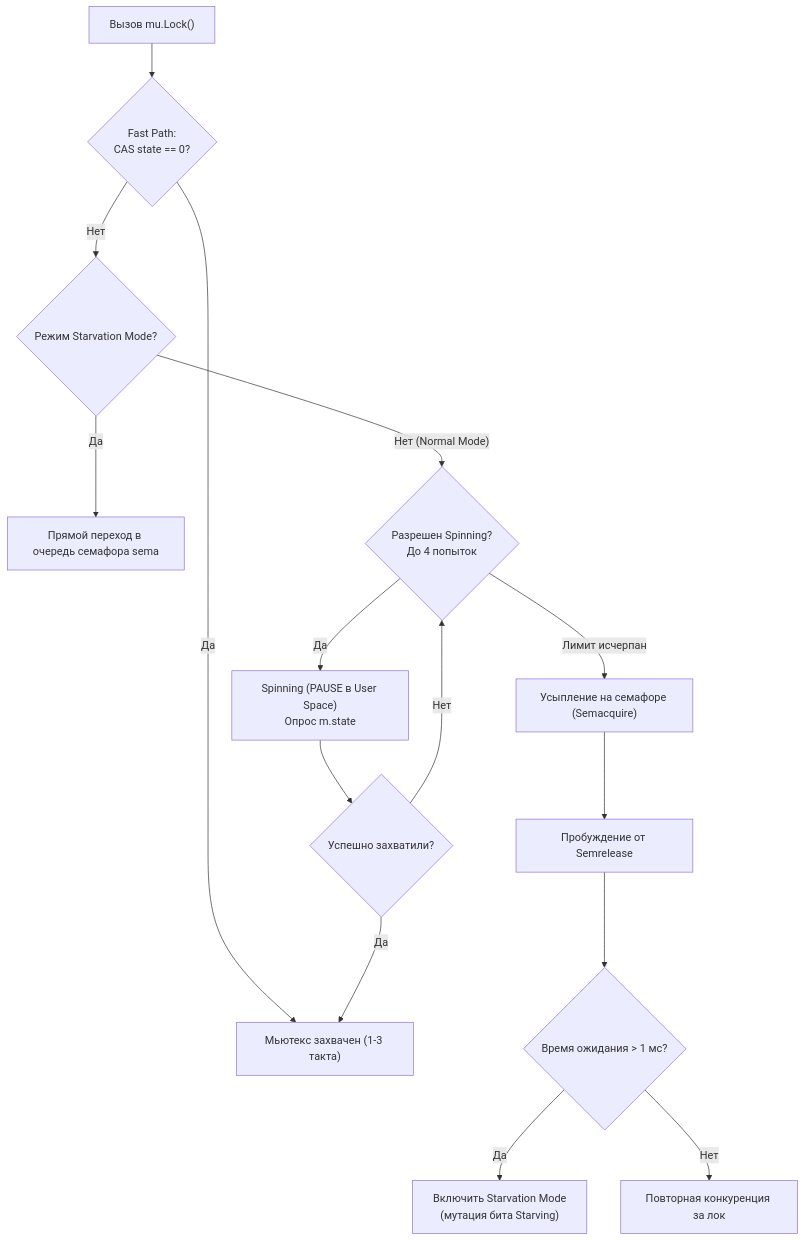
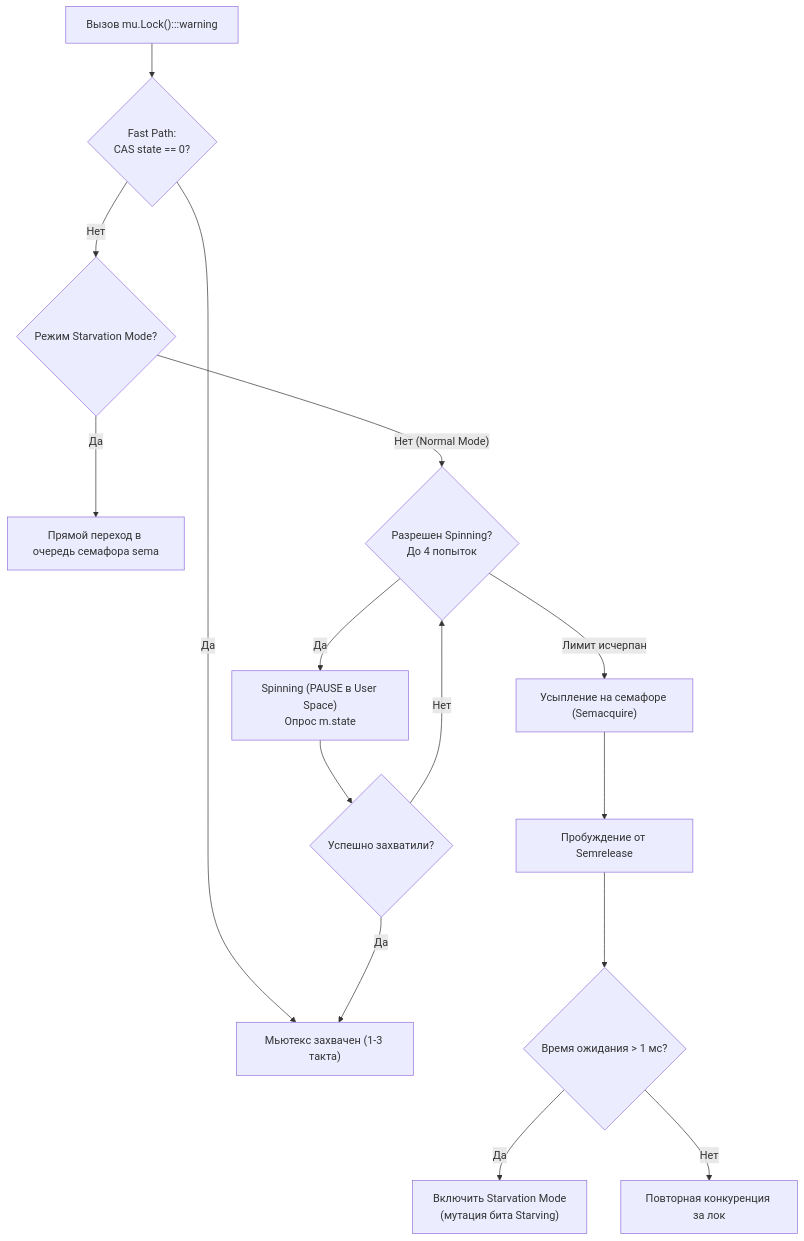
The second of 2 diagrams in sources/7. Глубокий Go (Внутреннее устройство)/15. Mutex и RWMutex под капотом.md (UnrealTemplier/go-textbook), drawn with Mermaid before and after one commit. The commit also changed other lines of this file and 1666 other files, not shown here.

First line of the commit message:
feat(mermaid): add semantic color classDef to 1369 colorless flowchart/graph diagrams

````diff
--- a/sources/7. Глубокий Go (Внутреннее устройство)/15. Mutex и RWMutex под капотом.md
+++ b/sources/7. Глубокий Go (Внутреннее устройство)/15. Mutex и RWMutex под капотом.md
@@ -76,20 +86,30 @@
 ```mermaid
 flowchart TD
-    LOCK["Вызов mu.Lock()"] --> FAST{"Fast Path:<br>CAS state == 0?"}
+    classDef process  fill:#1e293b,stroke:#38bdf8,stroke-width:1px,color:#f8fafc
+    classDef success  fill:#064e3b,stroke:#34d399,stroke-width:1px,color:#f8fafc
+    classDef error    fill:#7f1d1d,stroke:#f87171,stroke-width:1px,color:#f8fafc
+    classDef warning  fill:#78350f,stroke:#fbbf24,stroke-width:1px,color:#f8fafc
+    classDef entry    fill:#1e3a5f,stroke:#38bdf8,stroke-width:2px,color:#f8fafc
+    classDef aux      fill:#334155,stroke:#64748b,stroke-width:1px,color:#f8fafc
+    classDef system   fill:#312e81,stroke:#a78bfa,stroke-width:1px,color:#f8fafc
+    classDef data     fill:#132d29,stroke:#2dd4bf,stroke-width:1px,color:#f8fafc
+    classDef network  fill:#881337,stroke:#fb7185,stroke-width:1px,color:#f8fafc
+    classDef accent   fill:#1e1b4b,stroke:#818cf8,stroke-width:1px,color:#f8fafc
+    LOCK["Вызов mu.Lock():::warning"] --> FAST{"Fast Path:<br>CAS state == 0?"}
     FAST -->|"Да"| ACQUIRED["Мьютекс захвачен (1-3 такта)"]
     FAST -->|"Нет"| CHECK_MODE{"Режим Starvation Mode?"}
     
     CHECK_MODE -->|"Да"| QUEUE_STRICT["Прямой переход в очередь семафора sema"]
     CHECK_MODE -->|"Нет (Normal Mode)"| SPIN{"Разрешен Spinning?<br>До 4 попыток"}
     
     SPIN -->|"Да"| SPIN_LOOP["Spinning (PAUSE в User Space)<br>Опрос m.state"]
     SPIN_LOOP --> TRY_AGAIN{"Успешно захватили?"}
     TRY_AGAIN -->|"Да"| ACQUIRED
     TRY_AGAIN -->|"Нет"| SPIN
     
     SPIN -->|"Лимит исчерпан"| SLEEP["Усыпление на семафоре (Semacquire)"]
     SLEEP --> WOKE["Пробуждение от Semrelease"]
     WOKE --> CHECK_TIME{"Время ожидания > 1 мс?"}
     CHECK_TIME -->|"Да"| SET_STARV["Включить Starvation Mode<br>(мутация бита Starving)"]
     CHECK_TIME -->|"Нет"| NORMAL_COMPETE["Повторная конкуренция за лок"]
 ```
````
